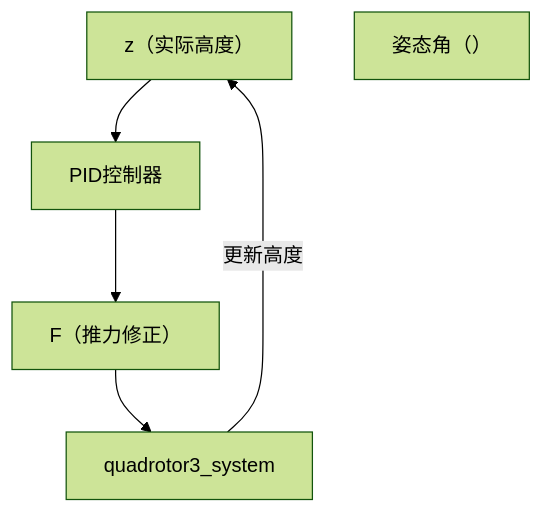
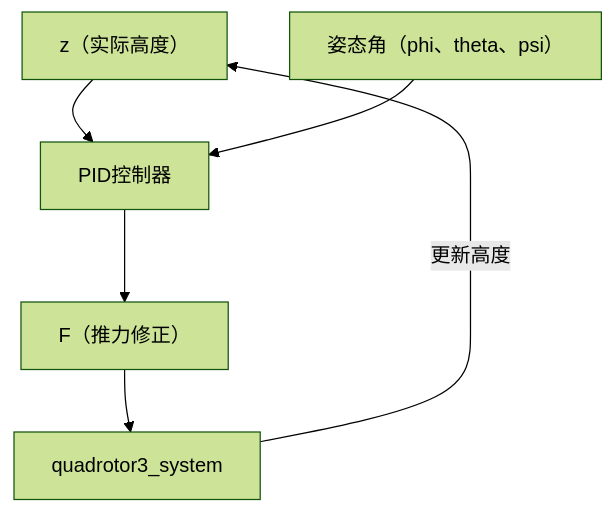
Before and after one commit to chao-8xx/stackedit-app-data: the third of 3 diagrams in 四旋翼无人机轨迹三维跟踪控制.md, drawn with Mermaid (forest theme). The commit also changed other lines of this file, not shown here.

````diff
--- a/四旋翼无人机轨迹三维跟踪控制.md
+++ b/四旋翼无人机轨迹三维跟踪控制.md
@@ -364,11 +364,12 @@
  ```mermaid
    graph TD
     A[z（实际高度）] -->B
     B[PID控制器]
     B --> C
     C[F（推力修正）]
     C --> D
 	D[quadrotor3_system]
 	D --> |更新高度|A
-	E[姿态角（）]
+	E[姿态角（phi、theta、psi）] --> B
+	
 ```
````
